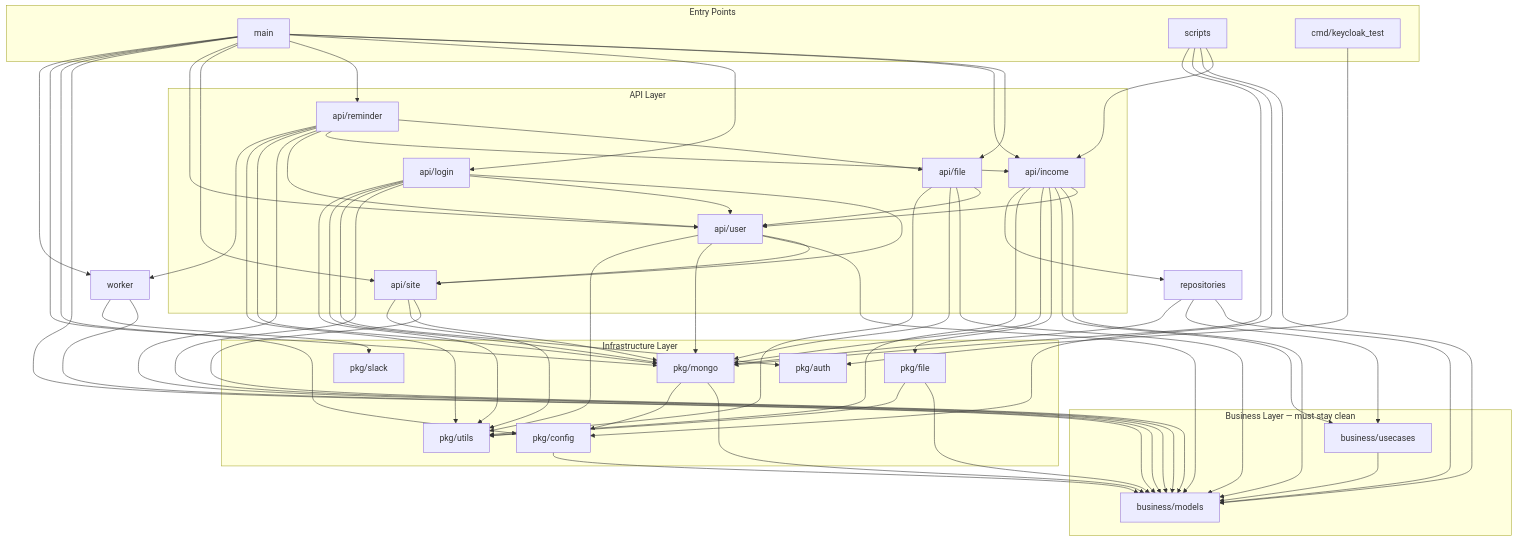
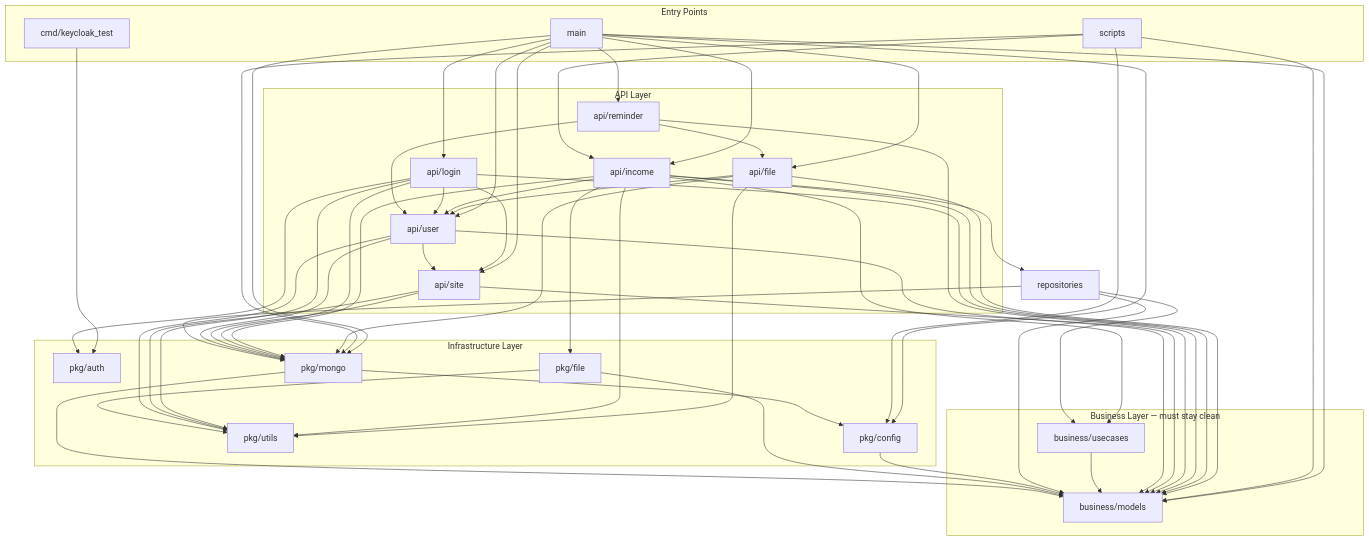
One commit to oddsteam/api.odds-worklog changed the diagram in docs/adr/0001-clean-architecture-dependency-rule.md. Above: the diagram before and after it, drawn with Mermaid. The commit also changed other lines of this file and 21 other files, not shown here.

```diff
--- a/docs/adr/0001-clean-architecture-dependency-rule.md
+++ b/docs/adr/0001-clean-architecture-dependency-rule.md
@@ -59,12 +58,10 @@
         pkg_config["pkg/config"]
         pkg_file["pkg/file"]
         pkg_mongo["pkg/mongo"]
-        pkg_slack["pkg/slack"]
         pkg_utils["pkg/utils"]
     end
 
     repositories
-    worker
 
     main --> api_file
     main --> api_income
@@ -75,7 +72,6 @@
     main --> biz_models
     main --> pkg_config
     main --> pkg_mongo
-    main --> worker
 
     scripts --> api_income
     scripts --> biz_models
@@ -105,12 +101,8 @@
     api_login --> pkg_utils
 
     api_reminder --> api_file
-    api_reminder --> api_income
     api_reminder --> api_user
     api_reminder --> biz_models
-    api_reminder --> pkg_mongo
-    api_reminder --> pkg_utils
-    api_reminder --> worker
 
     api_site --> biz_models
     api_site --> pkg_mongo
@@ -127,9 +119,6 @@
     repositories --> biz_usecases
     repositories --> pkg_mongo
 
-    worker --> biz_models
-    worker --> pkg_slack
-
     pkg_config --> biz_models
     pkg_file --> biz_models
     pkg_file --> pkg_utils
```
